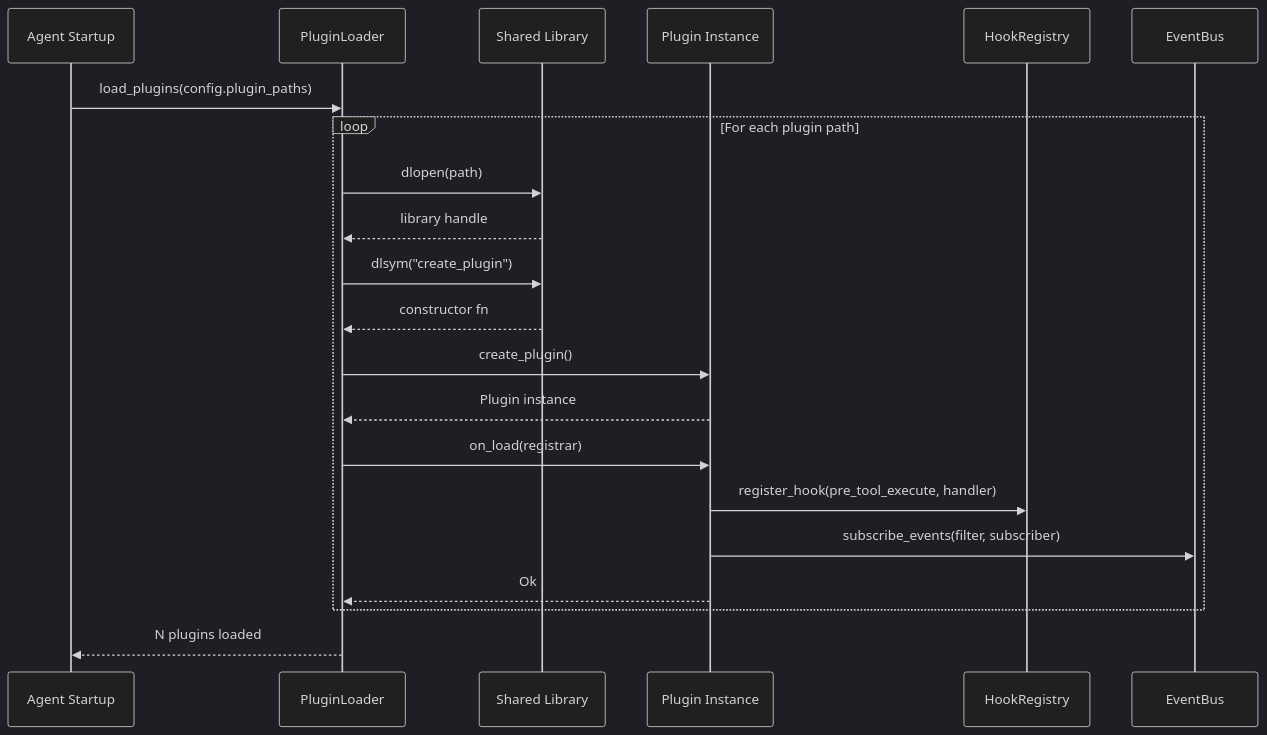
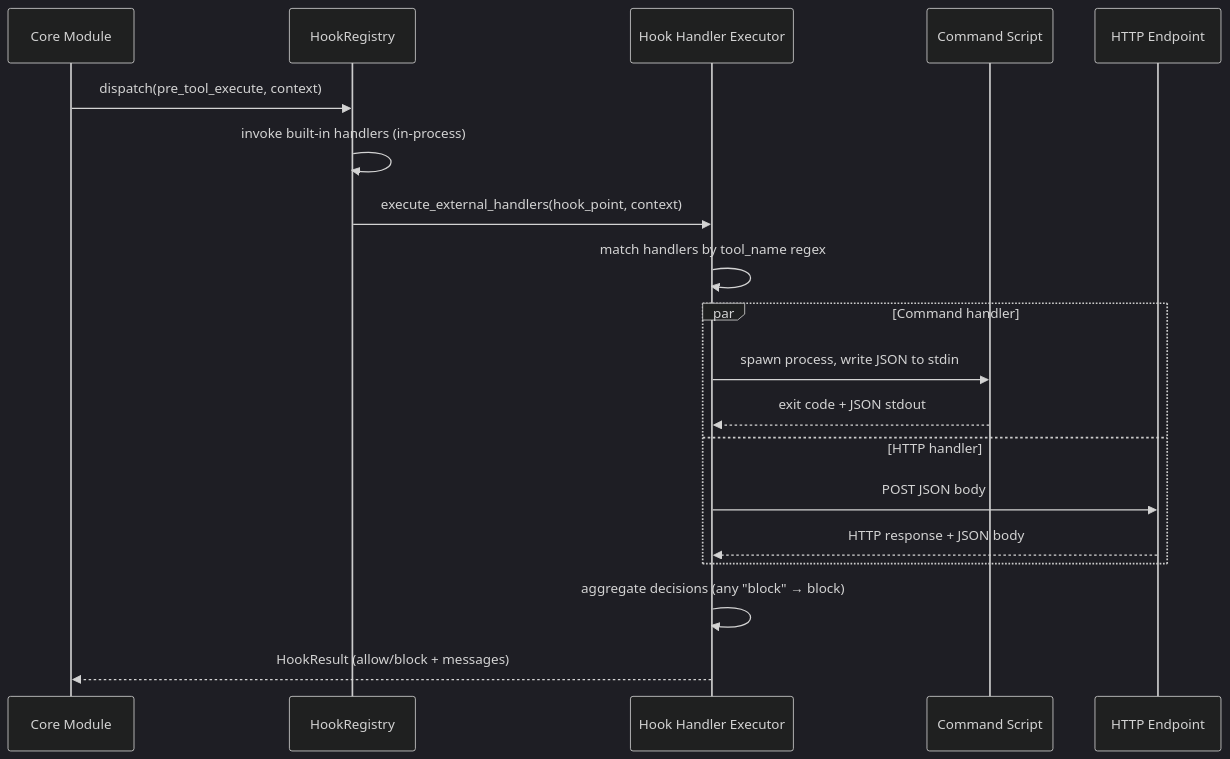
One commit to gorgiaxx/y-agent changed the fourth of 6 diagrams in docs/design/hooks-plugin-design.md. Above: the diagram before and after it, drawn with Mermaid (dark theme). The commit also changed other lines of this file and 457 other files, not shown here.

````diff
--- a/docs/design/hooks-plugin-design.md
+++ b/docs/design/hooks-plugin-design.md
@@ -276,27 +526,25 @@
 ```mermaid
 sequenceDiagram
-    participant Startup as Agent Startup
-    participant PL as PluginLoader
-    participant Lib as Shared Library
-    participant Plugin as Plugin Instance
+    participant Core as Core Module
     participant HR as HookRegistry
-    participant EB as EventBus
+    participant HE as Hook Handler Executor
+    participant Script as Command Script
+    participant Endpoint as HTTP Endpoint
 
-    Startup->>PL: load_plugins(config.plugin_paths)
+    Core->>HR: dispatch(pre_tool_execute, context)
+    HR->>HR: invoke built-in handlers (in-process)
 
-    loop For each plugin path
-        PL->>Lib: dlopen(path)
-        Lib-->>PL: library handle
-        PL->>Lib: dlsym("create_plugin")
-        Lib-->>PL: constructor fn
-        PL->>Plugin: create_plugin()
-        Plugin-->>PL: Plugin instance
+    HR->>HE: execute_external_handlers(hook_point, context)
+    HE->>HE: match handlers by tool_name regex
 
-        PL->>Plugin: on_load(registrar)
-        Plugin->>HR: register_hook(pre_tool_execute, handler)
-        Plugin->>EB: subscribe_events(filter, subscriber)
-        Plugin-->>PL: Ok
+    par Command handler
+        HE->>Script: spawn process, write JSON to stdin
+        Script-->>HE: exit code + JSON stdout
+    and HTTP handler
+        HE->>Endpoint: POST JSON body
+        Endpoint-->>HE: HTTP response + JSON body
     end
 
-    PL-->>Startup: N plugins loaded
+    HE->>HE: aggregate decisions (any "block" → block)
+    HE-->>Core: HookResult (allow/block + messages)
 ```
````
